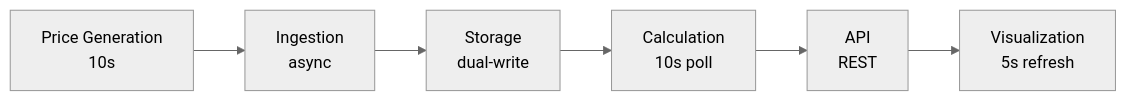
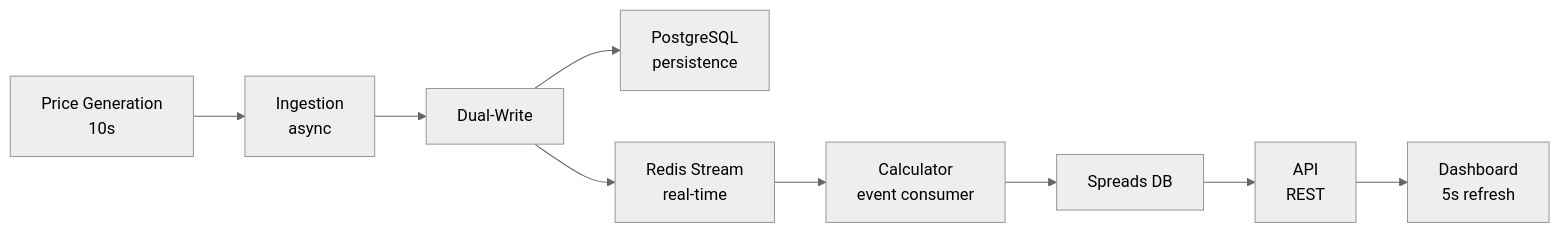
The second of 2 diagrams in README.md (Shawntwj/InTheGrid), drawn with Mermaid (neutral theme) before and after one commit. The commit also changed other lines of this file and 4 other files, not shown here.

````diff
--- a/README.md
+++ b/README.md
@@ -85,8 +89,11 @@
 ```mermaid
 graph LR
     A[Price Generation<br/>10s] --> B[Ingestion<br/>async]
-    B --> C[Storage<br/>dual-write]
-    C --> D[Calculation<br/>10s poll]
-    D --> E[API<br/>REST]
-    E --> F[Visualization<br/>5s refresh]
+    B --> C[Dual-Write]
+    C --> D[PostgreSQL<br/>persistence]
+    C --> E[Redis Stream<br/>real-time]
+    E --> F[Calculator<br/>event consumer]
+    F --> G[Spreads DB]
+    G --> H[API<br/>REST]
+    H --> I[Dashboard<br/>5s refresh]
 ```
````
